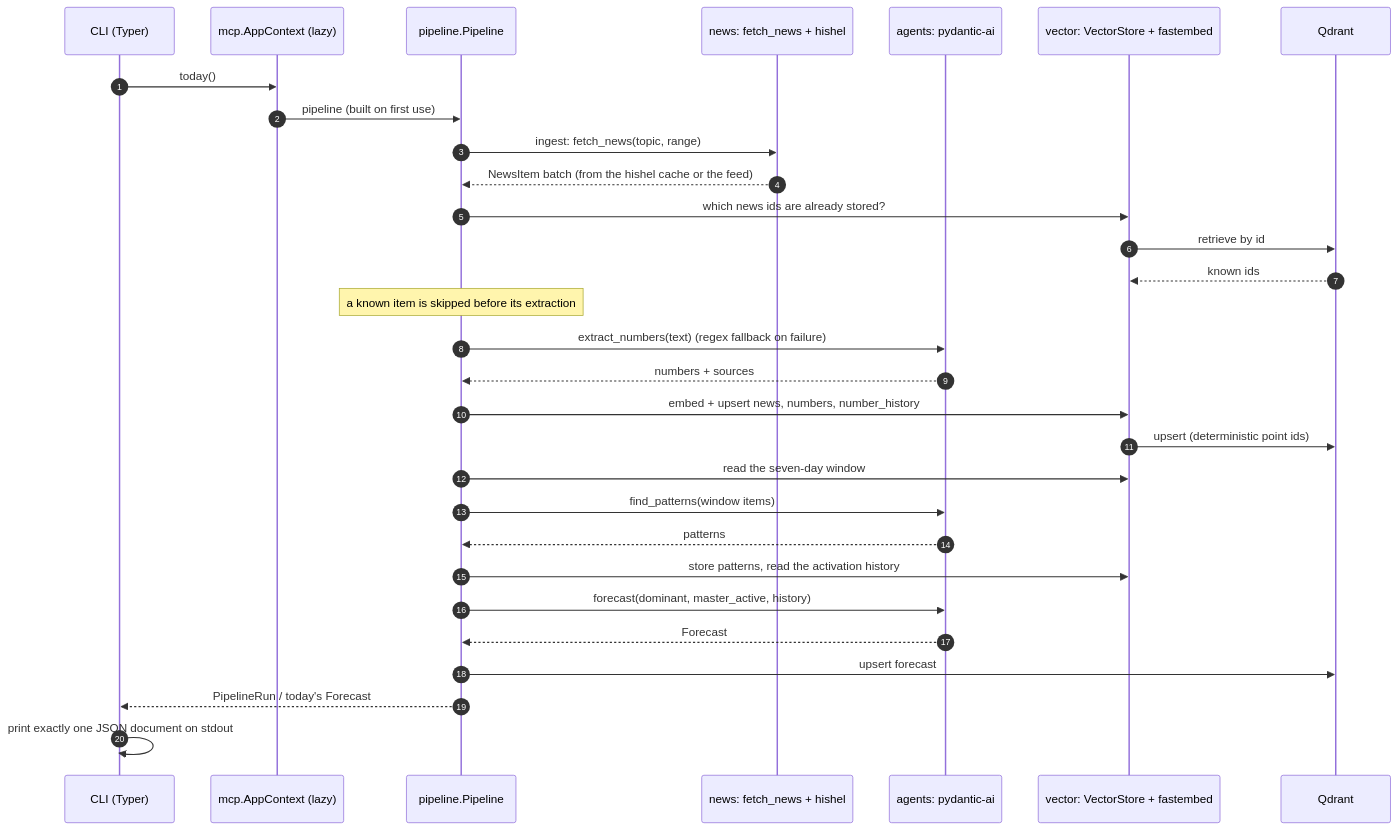
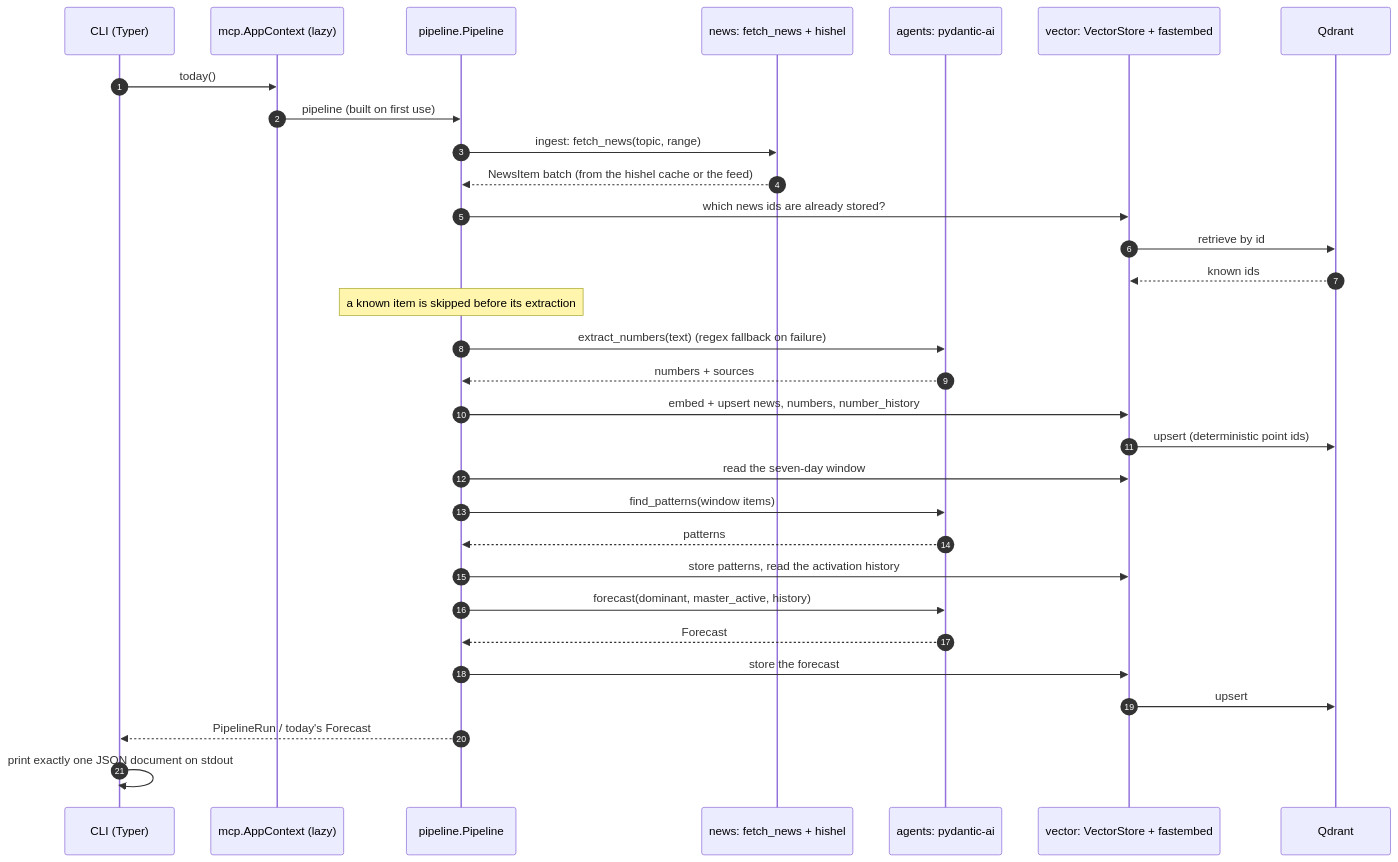
The fourth of 5 diagrams in docs/ARCHITECTURE.md (DisMosGit/numenews), drawn with Mermaid before and after one commit. The commit also changed other lines of this file and 1 other file, not shown here.

Commit message:
docs(architecture): correct the phase-10 diagrams
The eval diagram's node label used a bare `>=` and the today sequence skipped the
vector layer between the forecast agent and the Qdrant upsert. Also drops a brittle
file count from the phase-10 summary.

````diff
--- a/docs/ARCHITECTURE.md
+++ b/docs/ARCHITECTURE.md
@@ -118,33 +118,34 @@
 ```mermaid
 sequenceDiagram
     autonumber
     participant U as CLI (Typer)
     participant C as mcp.AppContext (lazy)
     participant P as pipeline.Pipeline
     participant N as news: fetch_news + hishel
     participant A as agents: pydantic-ai
     participant V as vector: VectorStore + fastembed
     participant Q as Qdrant
 
     U->>C: today()
     C->>P: pipeline (built on first use)
     P->>N: ingest: fetch_news(topic, range)
     N-->>P: NewsItem batch (from the hishel cache or the feed)
     P->>V: which news ids are already stored?
     V->>Q: retrieve by id
     Q-->>V: known ids
     Note over P: a known item is skipped before its extraction
     P->>A: extract_numbers(text)  (regex fallback on failure)
     A-->>P: numbers + sources
     P->>V: embed + upsert news, numbers, number_history
     V->>Q: upsert (deterministic point ids)
     P->>V: read the seven-day window
     P->>A: find_patterns(window items)
     A-->>P: patterns
     P->>V: store patterns, read the activation history
     P->>A: forecast(dominant, master_active, history)
     A-->>P: Forecast
-    P->>Q: upsert forecast
+    P->>V: store the forecast
+    V->>Q: upsert
     P-->>U: PipelineRun / today's Forecast
     U->>U: print exactly one JSON document on stdout
 ```
````
